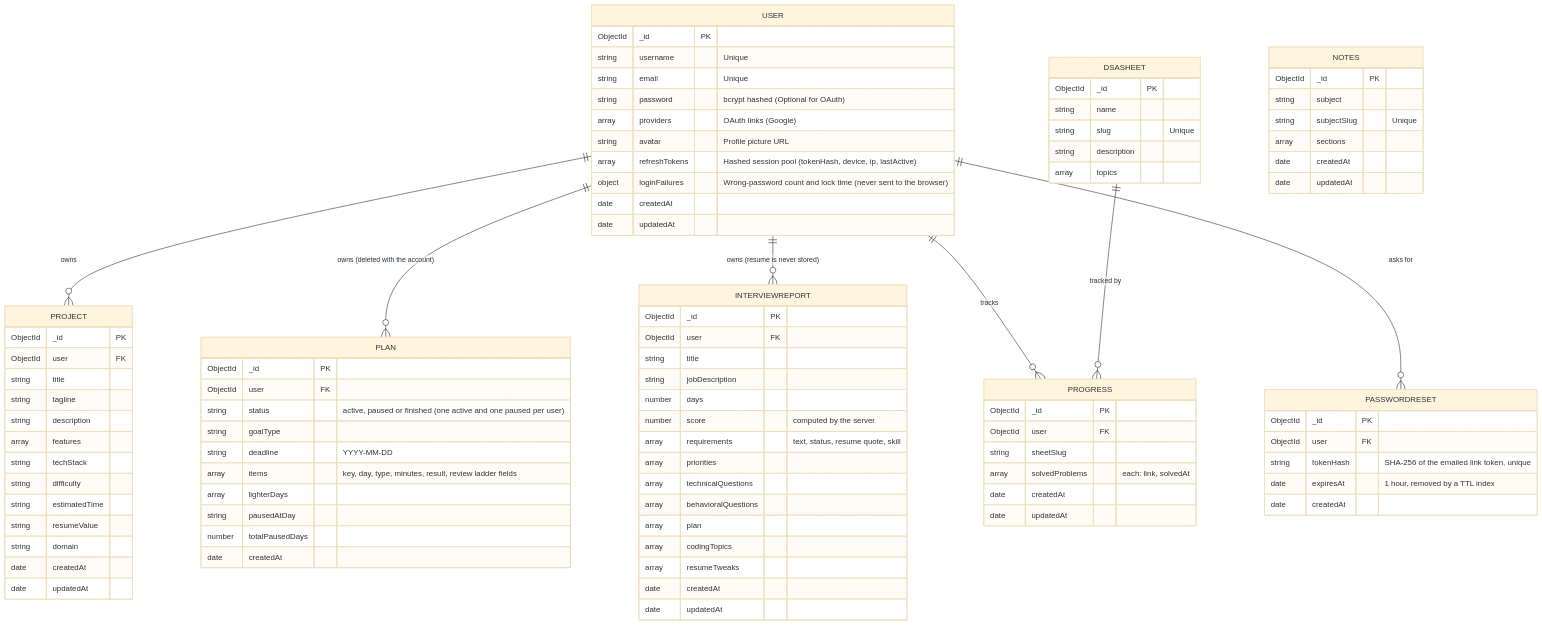
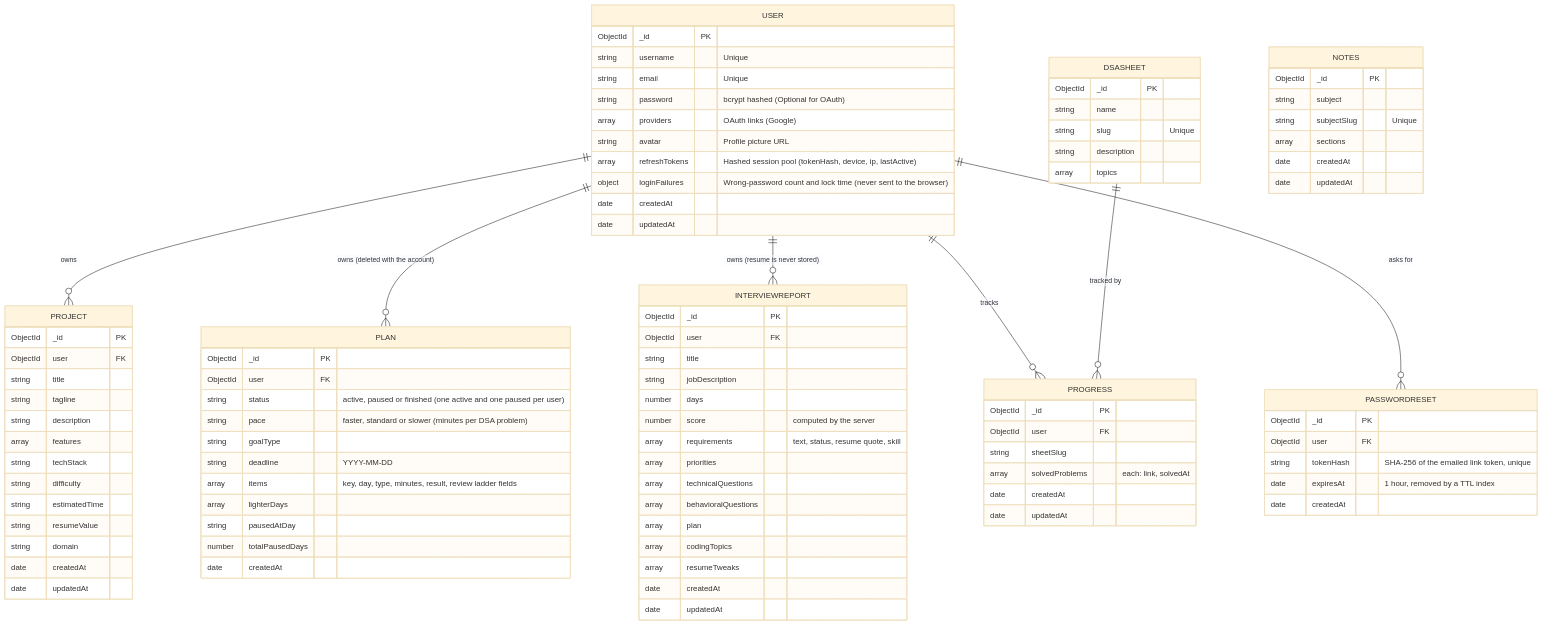
Before and after one commit to SahilSameer18/prepstack: the fourth of 4 diagrams in README.md, drawn with Mermaid (base theme). The commit also changed other lines of this file and 29 other files, not shown here.

```diff
--- a/README.md
+++ b/README.md
@@ -441,6 +443,7 @@
         ObjectId _id PK
         ObjectId user FK
         string status "active, paused or finished (one active and one paused per user)"
+        string pace "faster, standard or slower (minutes per DSA problem)"
         string goalType
         string deadline "YYYY-MM-DD"
         array items "key, day, type, minutes, result, review ladder fields"
```
